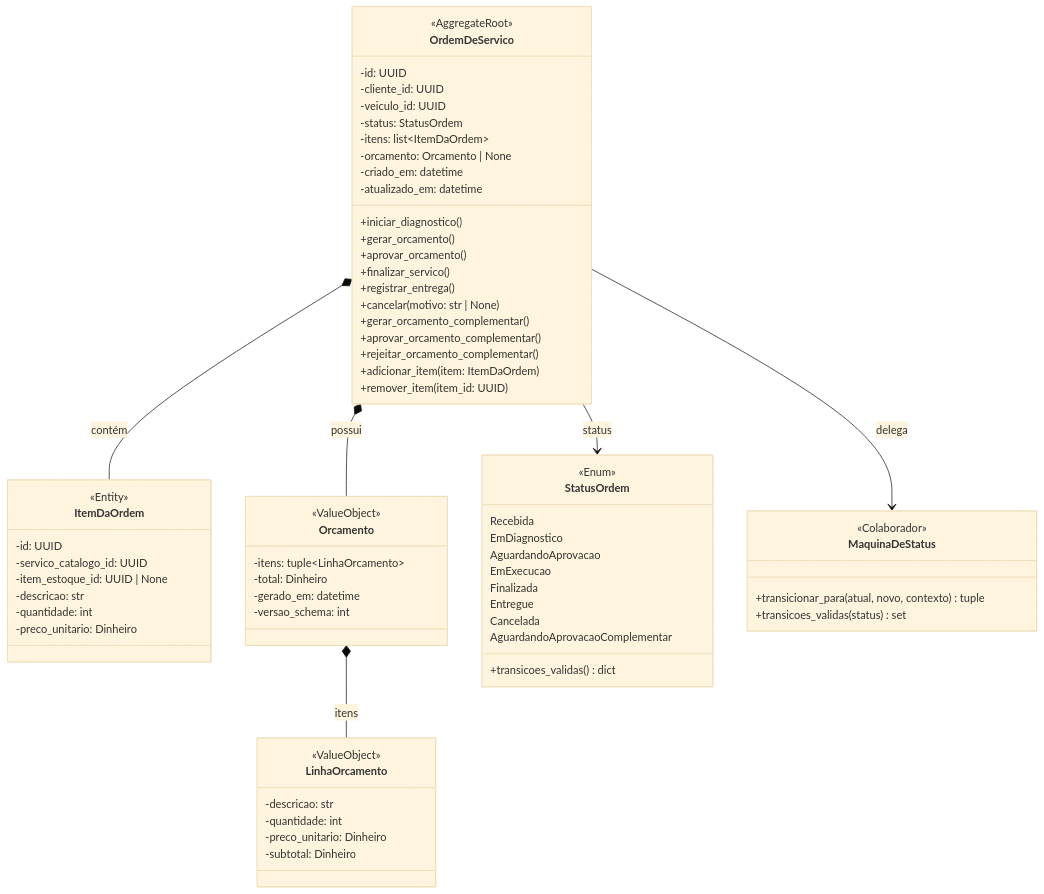
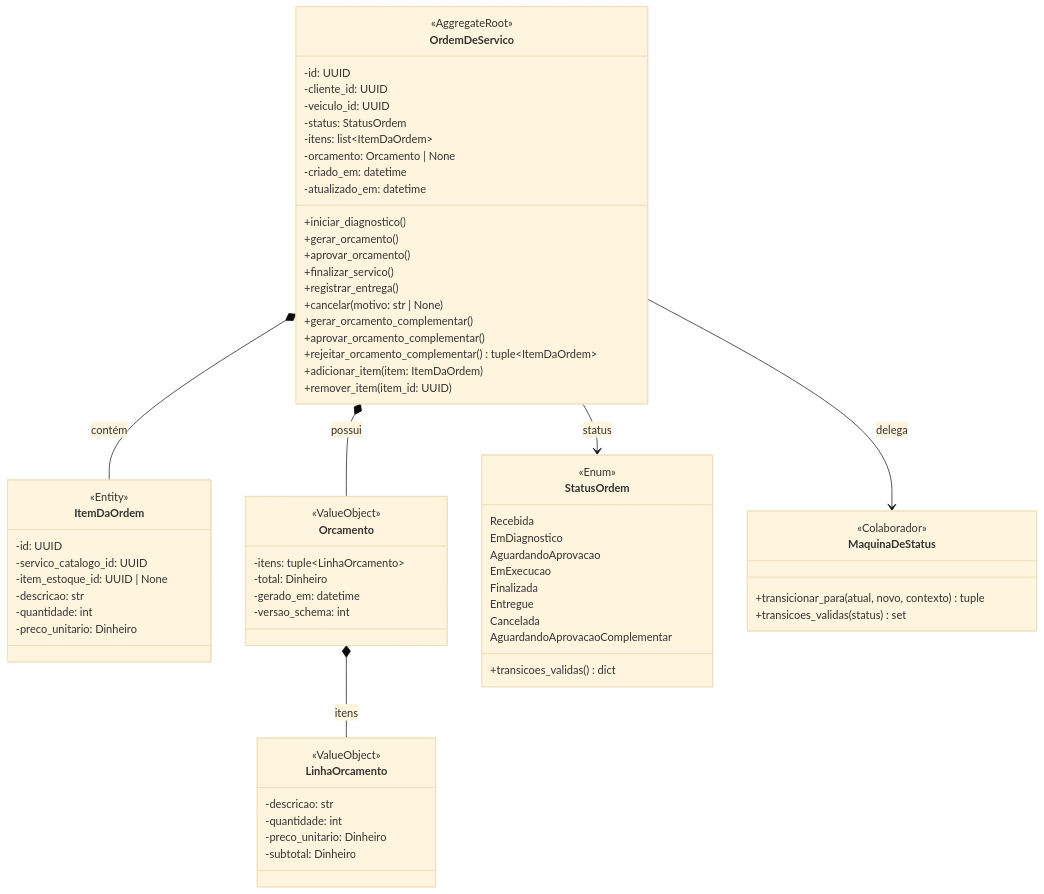
Before and after one commit to fiap-postech-sw-architecture/postech-sw-arch-p2: the first of 6 diagrams in docs/arquitetura/modelo-dominio.md, drawn with Mermaid (base theme). The commit also changed 14 other files, not shown here.

First line of the commit message:
feat: upgrade NiceGUI 3 + reversao do orcamento complementar (#111, #122) (#149)

````diff
--- a/docs/arquitetura/modelo-dominio.md
+++ b/docs/arquitetura/modelo-dominio.md
@@ -11,76 +11,76 @@
 ```mermaid
 classDiagram
     class OrdemDeServico {
         <<AggregateRoot>>
         -id: UUID
         -cliente_id: UUID
         -veiculo_id: UUID
         -status: StatusOrdem
         -itens: list~ItemDaOrdem~
         -orcamento: Orcamento | None
         -criado_em: datetime
         -atualizado_em: datetime
         +iniciar_diagnostico()
         +gerar_orcamento()
         +aprovar_orcamento()
         +finalizar_servico()
         +registrar_entrega()
         +cancelar(motivo: str | None)
         +gerar_orcamento_complementar()
         +aprovar_orcamento_complementar()
-        +rejeitar_orcamento_complementar()
+        +rejeitar_orcamento_complementar() tuple~ItemDaOrdem~
         +adicionar_item(item: ItemDaOrdem)
         +remover_item(item_id: UUID)
     }
 
     class ItemDaOrdem {
         <<Entity>>
         -id: UUID
         -servico_catalogo_id: UUID
         -item_estoque_id: UUID | None
         -descricao: str
         -quantidade: int
         -preco_unitario: Dinheiro
     }
 
     class Orcamento {
         <<ValueObject>>
         -itens: tuple~LinhaOrcamento~
         -total: Dinheiro
         -gerado_em: datetime
         -versao_schema: int
     }
 
     class LinhaOrcamento {
         <<ValueObject>>
         -descricao: str
         -quantidade: int
         -preco_unitario: Dinheiro
         -subtotal: Dinheiro
     }
 
     class StatusOrdem {
         <<Enum>>
         Recebida
         EmDiagnostico
         AguardandoAprovacao
         EmExecucao
         Finalizada
         Entregue
         Cancelada
         AguardandoAprovacaoComplementar
         +transicoes_validas() dict
     }
 
     class MaquinaDeStatus {
         <<Colaborador>>
         +transicionar_para(atual, novo, contexto) tuple
         +transicoes_validas(status) set
     }
 
     OrdemDeServico *-- ItemDaOrdem : contém
     OrdemDeServico *-- Orcamento : possui
     OrdemDeServico --> StatusOrdem : status
     OrdemDeServico --> MaquinaDeStatus : delega
     Orcamento *-- LinhaOrcamento : itens
 ```
````
